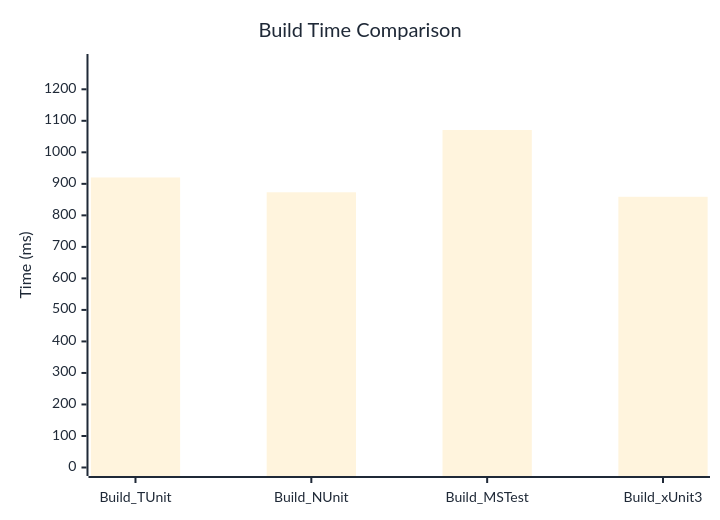
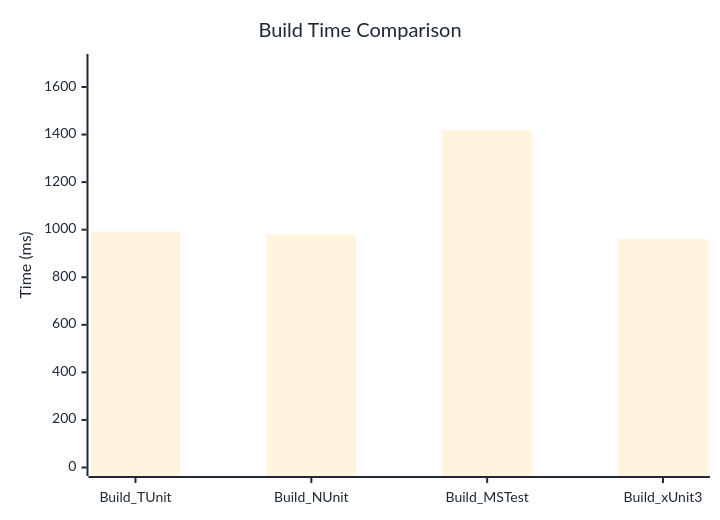
One commit to thomhurst/TUnit changed the diagram in docs/docs/benchmarks/engine/BuildTime.md. Above: the diagram before and after it, drawn with Mermaid. The commit also changed other lines of this file and 18 other files, not shown here.

````diff
--- a/docs/docs/benchmarks/engine/BuildTime.md
+++ b/docs/docs/benchmarks/engine/BuildTime.md
@@ -30,37 +30,37 @@
 ```mermaid
 %%{init: {
   'theme':'base',
   'themeVariables': {
     'primaryColor': '#2563eb',
     'primaryTextColor': '#1f2937',
     'primaryBorderColor': '#1e40af',
     'lineColor': '#6b7280',
     'secondaryColor': '#7c3aed',
     'tertiaryColor': '#dc2626',
     'background': '#ffffff',
     'mainBkg': '#2563eb',
     'secondBkg': '#7c3aed',
     'tertiaryBkg': '#dc2626',
     'clusterBkg': '#f3f4f6',
     'edgeLabelBackground': '#ffffff',
     'tertiaryTextColor': '#1f2937',
     'pie1': '#2563eb',
     'pie2': '#7c3aed',
     'pie3': '#dc2626',
     'pie4': '#f59e0b',
     'pie5': '#10b981',
     'pie6': '#06b6d4',
     'pie7': '#ec4899',
     'pie8': '#6366f1',
     'pie9': '#84cc16',
     'pie10': '#f97316',
     'pie11': '#14b8a6',
     'pie12': '#a855f7'
   }
 }}%%
 xychart-beta
   title "Build Time Comparison"
   x-axis ["Build_TUnit", "Build_NUnit", "Build_MSTest", "Build_xUnit3"]
-  y-axis "Time (ms)" 0 --> 1285
-  bar [920.2, 873.2, 1070.8, 858.9]
+  y-axis "Time (ms)" 0 --> 1703
+  bar [992.4, 979.7, 1418.6, 961.4]
 ```
````
